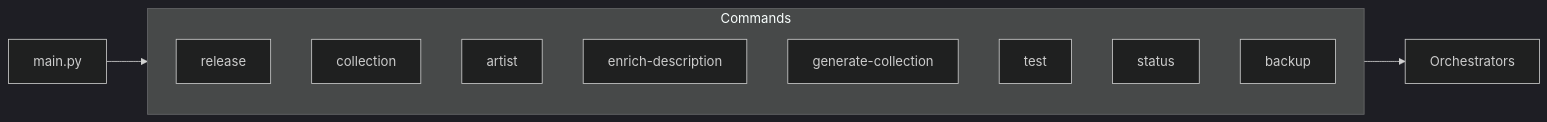
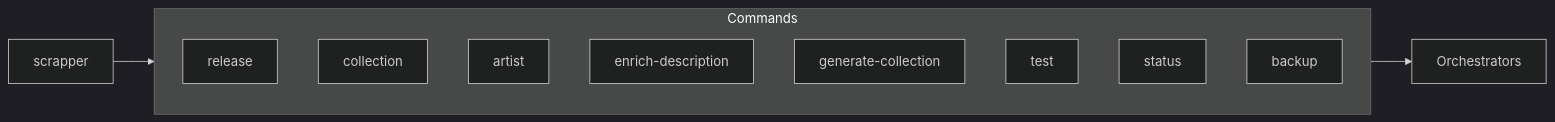
Before and after one commit to russmckendrick/russ-fm: the second of 8 diagrams in docs/architecture/README.md, drawn with Mermaid (dark theme). The commit also changed other lines of this file and 1137 other files, not shown here.

````diff
--- a/docs/architecture/README.md
+++ b/docs/architecture/README.md
@@ -72,17 +72,17 @@
 ```mermaid
 flowchart LR
-    main.py --> Commands
+    scrapper --> Commands
 
     subgraph Commands
         release[release]
         collection[collection]
         artist[artist]
         enrich[enrich-description]
         generate[generate-collection]
         test[test]
         status[status]
         backup[backup]
     end
 
     Commands --> Orchestrators
 ```
````
